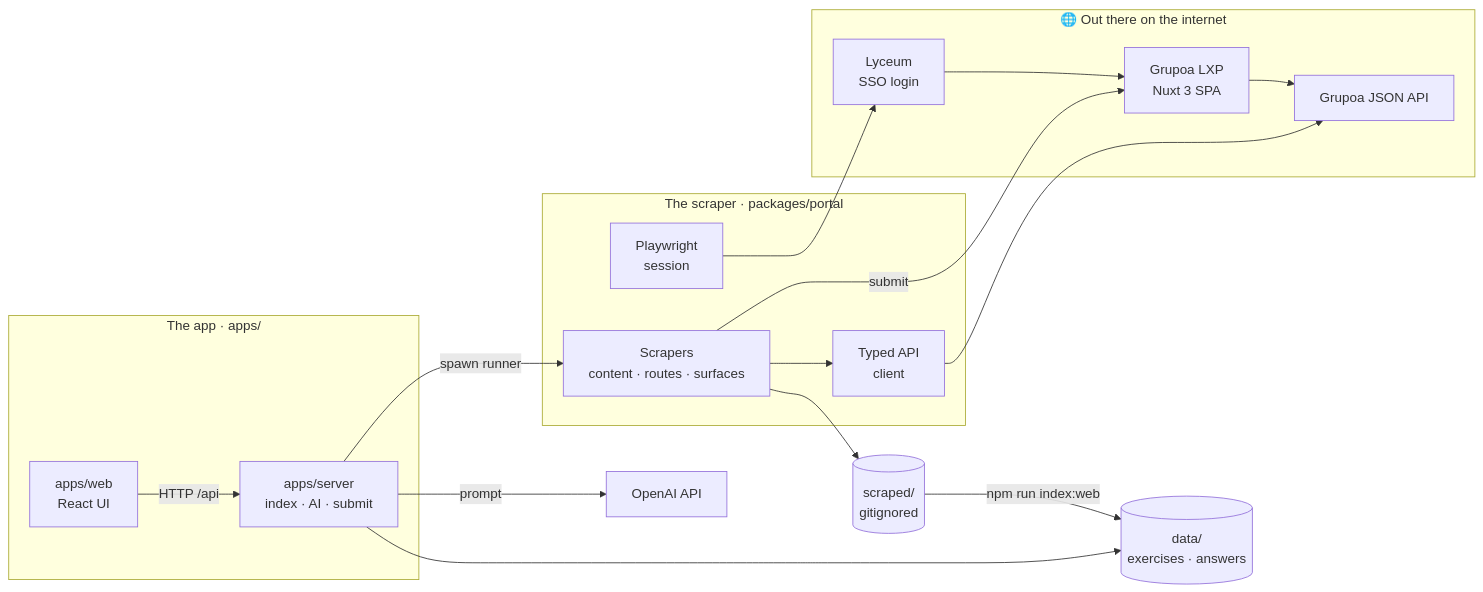
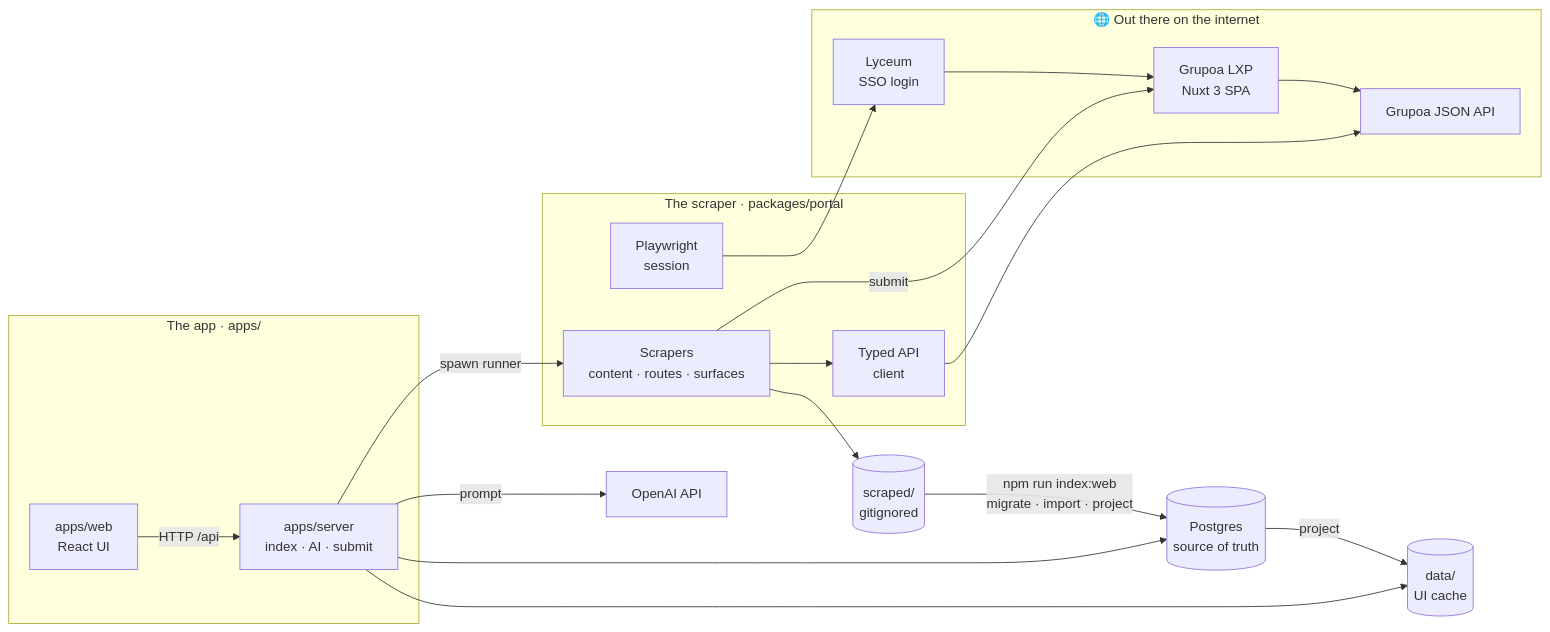
Before and after one commit to GustavoHeringerCurcio/lxp-toolkit: the first of 2 diagrams in README.md, drawn with Mermaid. The commit also changed other lines of this file and 7 other files, not shown here.

````diff
--- a/README.md
+++ b/README.md
@@ -68,35 +68,38 @@
 ```mermaid
 flowchart LR
     subgraph External["🌐 Out there on the internet"]
         LY["Lyceum<br/>SSO login"]
         LXP["Grupoa LXP<br/>Nuxt 3 SPA"]
         API["Grupoa JSON API"]
     end
 
     subgraph Portal["The scraper · packages/portal"]
         PW["Playwright<br/>session"]
         CL["Typed API<br/>client"]
         SCR["Scrapers<br/>content · routes · surfaces"]
     end
 
     subgraph App["The app · apps/"]
         WEB["apps/web<br/>React UI"]
         SRV["apps/server<br/>index · AI · submit"]
     end
 
     SCRAPED[("scraped/<br/>gitignored")]
-    DATA[("data/<br/>exercises · answers")]
+    PG[("Postgres<br/>source of truth")]
+    DATA[("data/<br/>UI cache")]
 
     LY --> LXP
     LXP --> API
     PW --> LY
     CL --> API
     SCR --> CL
     SCR --> SCRAPED
-    SCRAPED -->|npm run index:web| DATA
+    SCRAPED -->|"npm run index:web<br/>migrate · import · project"| PG
+    PG -->|project| DATA
     WEB -->|HTTP /api| SRV
+    SRV --> PG
     SRV --> DATA
     SRV -->|prompt| OAI["OpenAI API"]
     SRV -->|spawn runner| SCR
     SCR -->|submit| LXP
 ```
````
